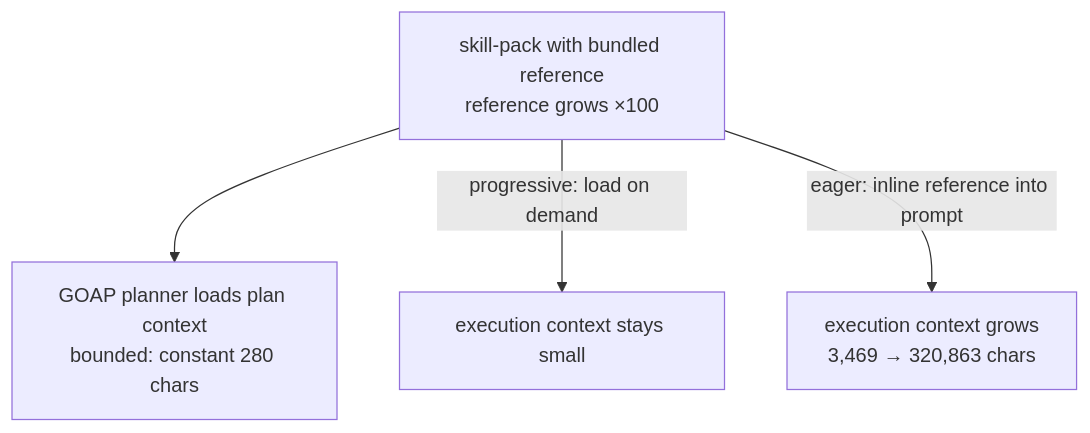
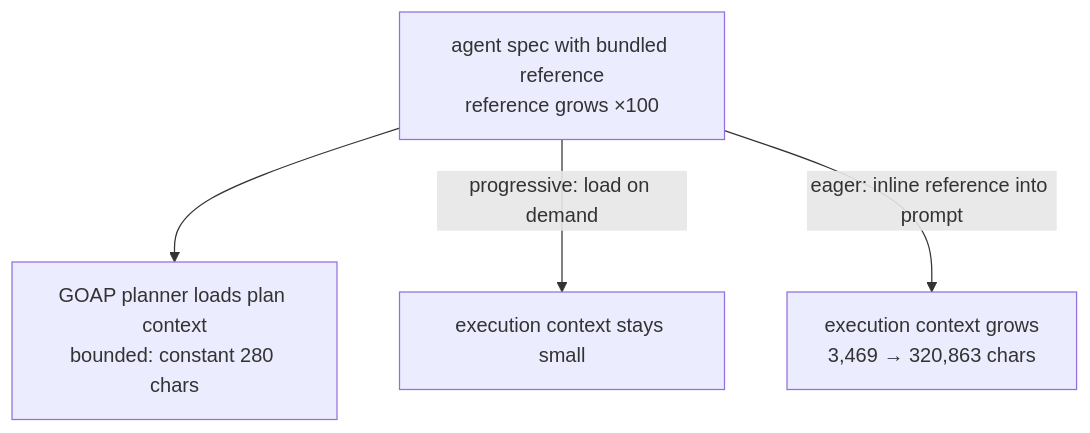
The diagram in poc/poc-11-progressive-disclosure/README.md (iromu/embabel-smith), drawn with Mermaid before and after one commit. The commit also changed other lines of this file and 650 other files, not shown here.

First line of the commit message:
Rename the skill-pack vocabulary to agent spec to match what the unit actually is

````diff
--- a/poc/poc-11-progressive-disclosure/README.md
+++ b/poc/poc-11-progressive-disclosure/README.md
@@ -16,7 +16,7 @@
 ```mermaid
 flowchart TD
-    PACK["skill-pack with bundled reference<br/>reference grows ×100"]
+    PACK["agent spec with bundled reference<br/>reference grows ×100"]
     PACK --> PLAN["GOAP planner loads plan context<br/>bounded: constant 280 chars"]
     PACK -->|"progressive: load on demand"| EXEC1["execution context stays small"]
     PACK -->|"eager: inline reference into prompt"| EXEC2["execution context grows<br/>3,469 → 320,863 chars"]
 ```
````
